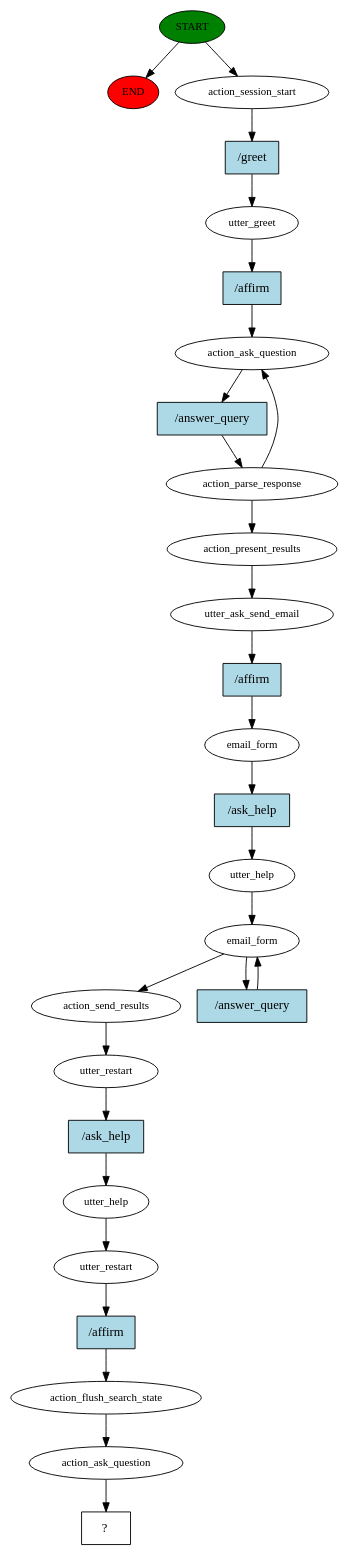
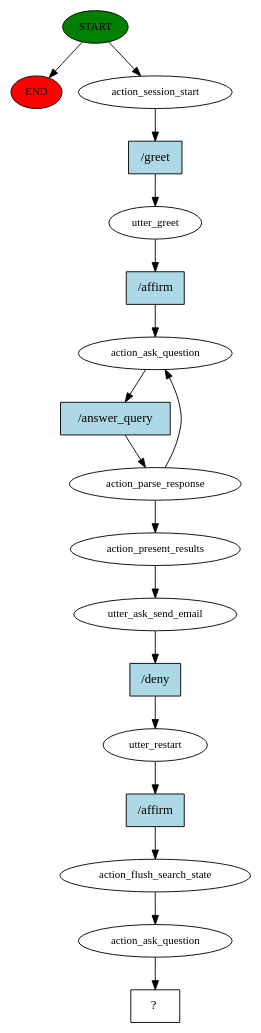
One commit to mrcyme/leda_chatbot changed the diagram in story_graph.dot. Above: the diagram before and after it, drawn with Graphviz. The commit also changed 4 other files, not shown here.

```diff
--- a/story_graph.dot
+++ b/story_graph.dot
@@ -1,55 +1,36 @@
 digraph  {
 0 [class="start active", fillcolor=green, fontsize=12, label=START, style=filled];
 "-1" [class=end, fillcolor=red, fontsize=12, label=END, style=filled];
 1 [class=active, fontsize=12, label=action_session_start];
 2 [class=active, fontsize=12, label=utter_greet];
 3 [class=active, fontsize=12, label=action_ask_question];
 4 [class=active, fontsize=12, label=action_parse_response];
 15 [class=active, fontsize=12, label=action_present_results];
 16 [class=active, fontsize=12, label=utter_ask_send_email];
-17 [class=active, fontsize=12, label=email_form];
-18 [class=active, fontsize=12, label=utter_help];
-19 [class=active, fontsize=12, label=email_form];
-21 [class=active, fontsize=12, label=action_send_results];
-22 [class=active, fontsize=12, label=utter_restart];
-23 [class=active, fontsize=12, label=utter_help];
-24 [class=active, fontsize=12, label=utter_restart];
-25 [class=active, fontsize=12, label=action_flush_search_state];
-26 [class=active, fontsize=12, label=action_ask_question];
-27 [class="intent dashed active", label="  ?  ", shape=rect];
-28 [class="intent active", fillcolor=lightblue, label="/greet", shape=rect, style=filled];
-29 [class="intent active", fillcolor=lightblue, label="/affirm", shape=rect, style=filled];
-30 [class="intent active", fillcolor=lightblue, label="/answer_query", shape=rect, style=filled];
-31 [class="intent active", fillcolor=lightblue, label="/affirm", shape=rect, style=filled];
-32 [class="intent active", fillcolor=lightblue, label="/ask_help", shape=rect, style=filled];
-33 [class="intent active", fillcolor=lightblue, label="/answer_query", shape=rect, style=filled];
-34 [class="intent active", fillcolor=lightblue, label="/ask_help", shape=rect, style=filled];
-35 [class="intent active", fillcolor=lightblue, label="/affirm", shape=rect, style=filled];
+17 [class=active, fontsize=12, label=utter_restart];
+18 [class=active, fontsize=12, label=action_flush_search_state];
+19 [class=active, fontsize=12, label=action_ask_question];
+20 [class="intent dashed active", label="  ?  ", shape=rect];
+21 [class="intent active", fillcolor=lightblue, label="/greet", shape=rect, style=filled];
+22 [class="intent active", fillcolor=lightblue, label="/affirm", shape=rect, style=filled];
+23 [class="intent active", fillcolor=lightblue, label="/answer_query", shape=rect, style=filled];
+24 [class="intent active", fillcolor=lightblue, label="/deny", shape=rect, style=filled];
+25 [class="intent active", fillcolor=lightblue, label="/affirm", shape=rect, style=filled];
 0 -> "-1"  [class="", key=NONE, label=""];
 0 -> 1  [class=active, key=NONE, label=""];
-1 -> 28  [class=active, key=0];
-2 -> 29  [class=active, key=0];
-3 -> 30  [class=active, key=0];
+1 -> 21  [class=active, key=0];
+2 -> 22  [class=active, key=0];
+3 -> 23  [class=active, key=0];
 4 -> 3  [class=active, key=NONE, label=""];
 4 -> 15  [class=active, key=NONE, label=""];
 15 -> 16  [class=active, key=NONE, label=""];
-16 -> 31  [class=active, key=0];
-17 -> 32  [class=active, key=0];
+16 -> 24  [class=active, key=0];
+17 -> 25  [class=active, key=0];
 18 -> 19  [class=active, key=NONE, label=""];
-19 -> 21  [class=active, key=NONE, label=""];
-19 -> 33  [class=active, key=0];
-21 -> 22  [class=active, key=NONE, label=""];
-22 -> 34  [class=active, key=0];
-23 -> 24  [class=active, key=NONE, label=""];
-24 -> 35  [class=active, key=0];
-25 -> 26  [class=active, key=NONE, label=""];
-26 -> 27  [class=active, key=NONE, label=""];
-28 -> 2  [class=active, key=0];
-29 -> 3  [class=active, key=0];
-30 -> 4  [class=active, key=0];
-31 -> 17  [class=active, key=0];
-32 -> 18  [class=active, key=0];
-33 -> 19  [class=active, key=0];
-34 -> 23  [class=active, key=0];
-35 -> 25  [class=active, key=0];
+19 -> 20  [class=active, key=NONE, label=""];
+21 -> 2  [class=active, key=0];
+22 -> 3  [class=active, key=0];
+23 -> 4  [class=active, key=0];
+24 -> 17  [class=active, key=0];
+25 -> 18  [class=active, key=0];
 }
```
